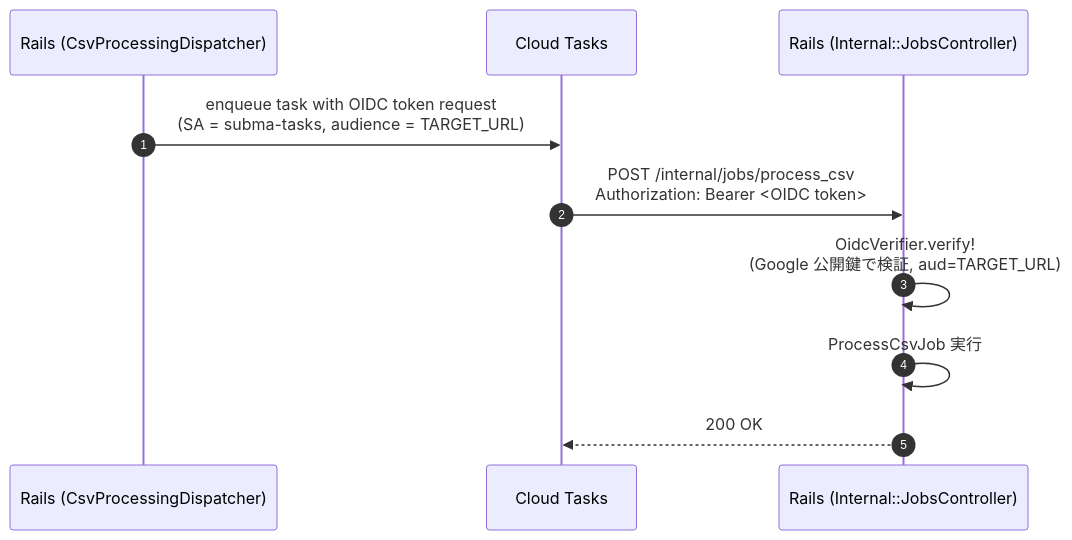
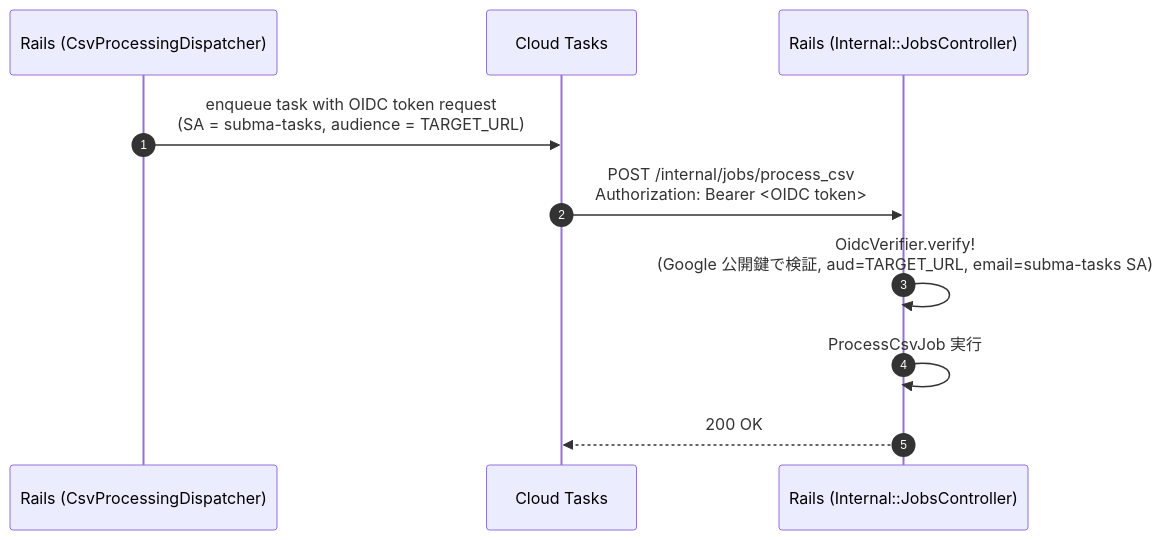
One commit to marukaty/subma changed the third of 3 diagrams in docs/infrastructure-notes.md. Above: the diagram before and after it, drawn with Mermaid. The commit also changed other lines of this file and 4 other files, not shown here.

First line of the commit message:
fix(internal): Cloud Tasks の OIDC トークンで発行元 SA を確認する [ai-assisted] (#57)

````diff
--- a/docs/infrastructure-notes.md
+++ b/docs/infrastructure-notes.md
@@ -270,13 +270,13 @@
 ```mermaid
 sequenceDiagram
     autonumber
     participant R as Rails (CsvProcessingDispatcher)
     participant T as Cloud Tasks
     participant W as Rails (Internal::JobsController)
 
     R->>T: enqueue task with OIDC token request<br/>(SA = subma-tasks, audience = TARGET_URL)
     T->>W: POST /internal/jobs/process_csv<br/>Authorization: Bearer <OIDC token>
-    W->>W: OidcVerifier.verify!<br/>(Google 公開鍵で検証, aud=TARGET_URL)
+    W->>W: OidcVerifier.verify!<br/>(Google 公開鍵で検証, aud=TARGET_URL, email=subma-tasks SA)
     W->>W: ProcessCsvJob 実行
     W-->>T: 200 OK
 ```
````
